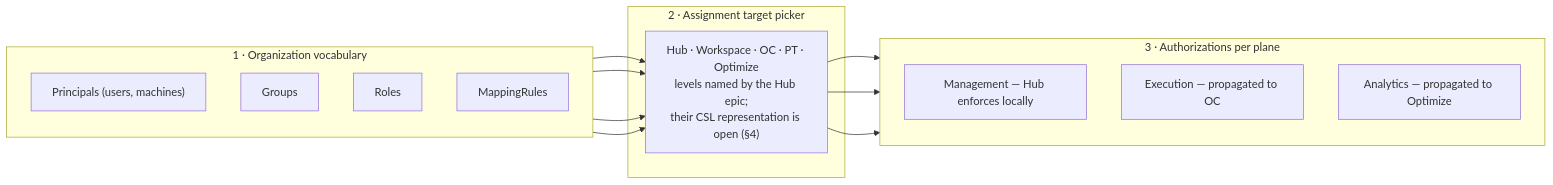
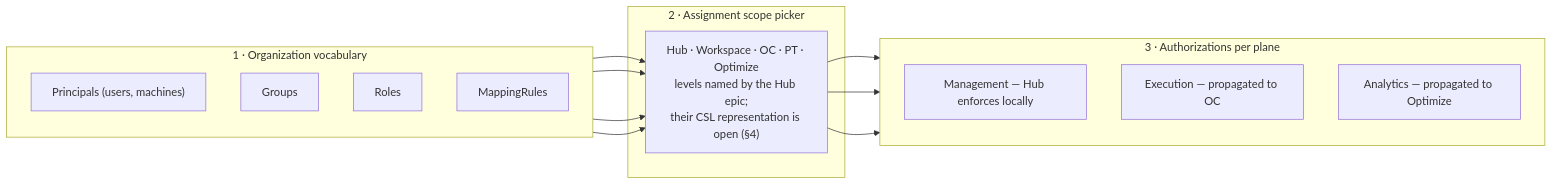
Before and after one commit to camunda/camunda-security-library: the diagram in docs/vision/unified-policy-model.md, drawn with Mermaid. The commit also changed other lines of this file, not shown here.

````diff
--- a/docs/vision/unified-policy-model.md
+++ b/docs/vision/unified-policy-model.md
@@ -143,24 +145,24 @@
 ```mermaid
 flowchart LR
   subgraph L1["1 · Organization vocabulary"]
     direction TB
     P["Principals (users, machines)"]
     G["Groups"]
     R["Roles"]
     M["MappingRules"]
   end
 
-  subgraph L2["2 · Assignment target picker"]
+  subgraph L2["2 · Assignment scope picker"]
     S["Hub · Workspace · OC · PT · Optimize<br/>levels named by the Hub epic;<br/>their CSL representation is open (§4)"]
   end
 
   subgraph L3["3 · Authorizations per plane"]
     direction TB
     MG["Management — Hub enforces locally"]
     EX["Execution — propagated to OC"]
     AN["Analytics — propagated to Optimize"]
   end
 
   P & G & R & M --> S
   S --> MG & EX & AN
 ```
````
